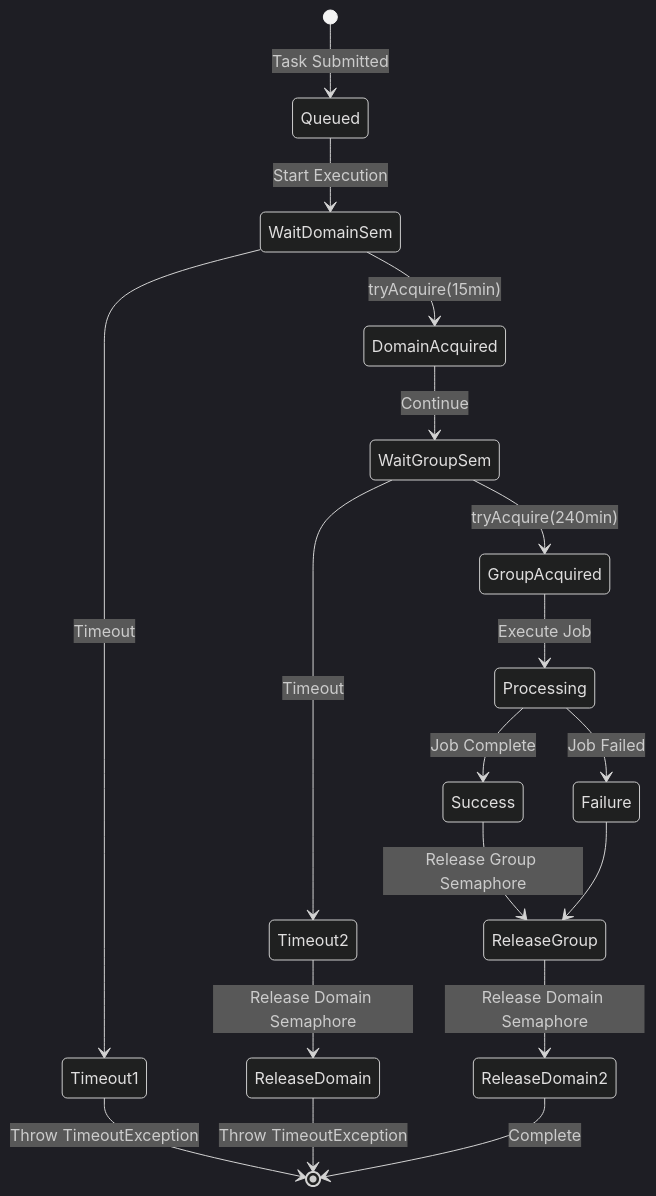
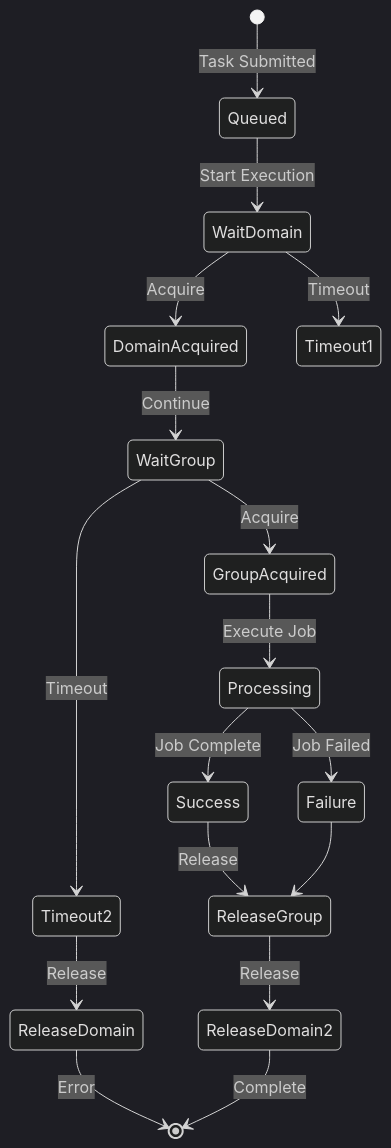
One commit to kagit00/schedule_x changed diagram 13 of 20 in docs/Low Level Designs/ScheduledPerfectMatchesCreation.md. Above: the diagram before and after it, drawn with Mermaid (dark theme). The commit also changed other lines of this file and 7 other files, not shown here.

````diff
--- a/docs/Low Level Designs/ScheduledPerfectMatchesCreation.md
+++ b/docs/Low Level Designs/ScheduledPerfectMatchesCreation.md
@@ -568,24 +523,23 @@
 ```mermaid
 stateDiagram-v2
     [*] --> Queued: Task Submitted
     
-    Queued --> WaitDomainSem: Start Execution
-    WaitDomainSem --> DomainAcquired: tryAcquire(15min)
-    WaitDomainSem --> Timeout1: Timeout
-    Timeout1 --> [*]: Throw TimeoutException
+    Queued --> WaitDomain: Start Execution
+    WaitDomain --> DomainAcquired: Acquire
+    WaitDomain --> Timeout1: Timeout
     
-    DomainAcquired --> WaitGroupSem: Continue
-    WaitGroupSem --> GroupAcquired: tryAcquire(240min)
-    WaitGroupSem --> Timeout2: Timeout
-    Timeout2 --> ReleaseDomain: Release Domain Semaphore
-    ReleaseDomain --> [*]: Throw TimeoutException
+    DomainAcquired --> WaitGroup: Continue
+    WaitGroup --> GroupAcquired: Acquire
+    WaitGroup --> Timeout2: Timeout
+    Timeout2 --> ReleaseDomain: Release
+    ReleaseDomain --> [*]: Error
     
     GroupAcquired --> Processing: Execute Job
     Processing --> Success: Job Complete
     Processing --> Failure: Job Failed
     
-    Success --> ReleaseGroup: Release Group Semaphore
+    Success --> ReleaseGroup: Release
     Failure --> ReleaseGroup
-    ReleaseGroup --> ReleaseDomain2: Release Domain Semaphore
+    ReleaseGroup --> ReleaseDomain2: Release
     ReleaseDomain2 --> [*]: Complete
 ```
````
